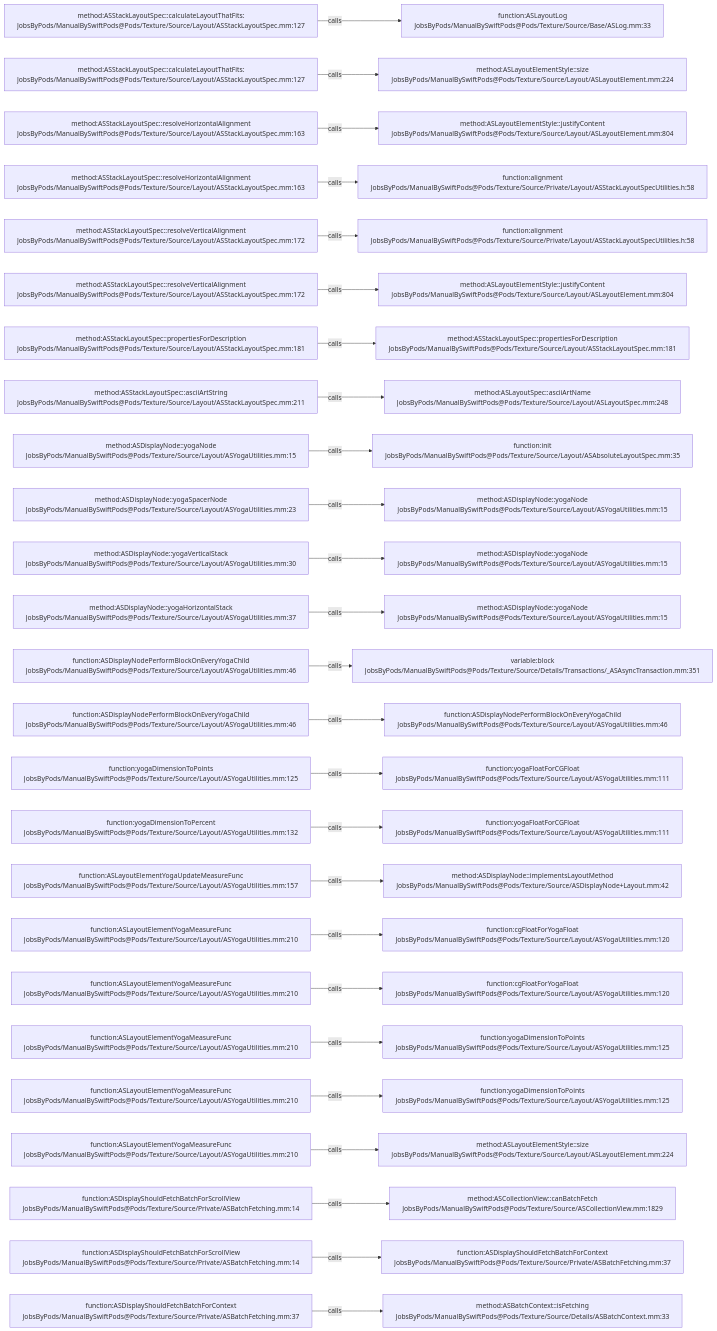
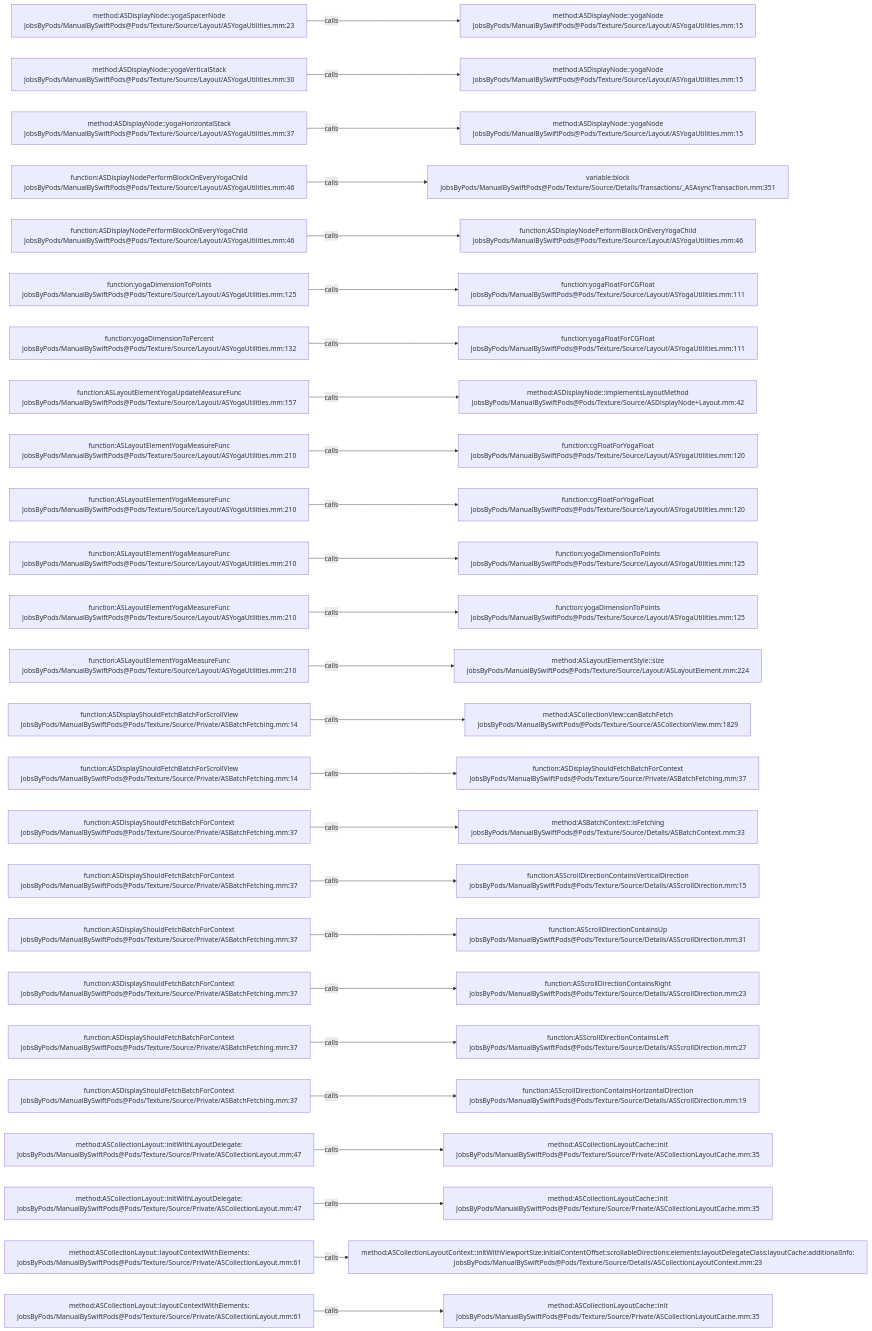
One commit to JobsKits/JobsSwiftBaseConfigDemo changed the diagram in .codegraph/codegraph.md/graphs/calls-114.md. Above: the diagram before and after it, drawn with Mermaid. The commit also changed 707 other files, not shown here.

````diff
--- a/.codegraph/codegraph.md/graphs/calls-114.md
+++ b/.codegraph/codegraph.md/graphs/calls-114.md
@@ -13,78 +13,78 @@
 ```mermaid
 flowchart LR
-  S1["method:ASStackLayoutSpec::calculateLayoutThatFits:<br/>JobsByPods/ManualBySwiftPods@Pods/Texture/Source/Layout/ASStackLayoutSpec.mm:127"]
-  T1["function:ASLayoutLog<br/>JobsByPods/ManualBySwiftPods@Pods/Texture/Source/Base/ASLog.mm:33"]
+  S1["method:ASDisplayNode::yogaSpacerNode<br/>JobsByPods/ManualBySwiftPods@Pods/Texture/Source/Layout/ASYogaUtilities.mm:23"]
+  T1["method:ASDisplayNode::yogaNode<br/>JobsByPods/ManualBySwiftPods@Pods/Texture/Source/Layout/ASYogaUtilities.mm:15"]
   S1 -->|calls| T1
-  S2["method:ASStackLayoutSpec::calculateLayoutThatFits:<br/>JobsByPods/ManualBySwiftPods@Pods/Texture/Source/Layout/ASStackLayoutSpec.mm:127"]
-  T2["method:ASLayoutElementStyle::size<br/>JobsByPods/ManualBySwiftPods@Pods/Texture/Source/Layout/ASLayoutElement.mm:224"]
+  S2["method:ASDisplayNode::yogaVerticalStack<br/>JobsByPods/ManualBySwiftPods@Pods/Texture/Source/Layout/ASYogaUtilities.mm:30"]
+  T2["method:ASDisplayNode::yogaNode<br/>JobsByPods/ManualBySwiftPods@Pods/Texture/Source/Layout/ASYogaUtilities.mm:15"]
   S2 -->|calls| T2
-  S3["method:ASStackLayoutSpec::resolveHorizontalAlignment<br/>JobsByPods/ManualBySwiftPods@Pods/Texture/Source/Layout/ASStackLayoutSpec.mm:163"]
-  T3["method:ASLayoutElementStyle::justifyContent<br/>JobsByPods/ManualBySwiftPods@Pods/Texture/Source/Layout/ASLayoutElement.mm:804"]
+  S3["method:ASDisplayNode::yogaHorizontalStack<br/>JobsByPods/ManualBySwiftPods@Pods/Texture/Source/Layout/ASYogaUtilities.mm:37"]
+  T3["method:ASDisplayNode::yogaNode<br/>JobsByPods/ManualBySwiftPods@Pods/Texture/Source/Layout/ASYogaUtilities.mm:15"]
   S3 -->|calls| T3
-  S4["method:ASStackLayoutSpec::resolveHorizontalAlignment<br/>JobsByPods/ManualBySwiftPods@Pods/Texture/Source/Layout/ASStackLayoutSpec.mm:163"]
-  T4["function:alignment<br/>JobsByPods/ManualBySwiftPods@Pods/Texture/Source/Private/Layout/ASStackLayoutSpecUtilities.h:58"]
+  S4["function:ASDisplayNodePerformBlockOnEveryYogaChild<br/>JobsByPods/ManualBySwiftPods@Pods/Texture/Source/Layout/ASYogaUtilities.mm:46"]
+  T4["variable:block<br/>JobsByPods/ManualBySwiftPods@Pods/Texture/Source/Details/Transactions/_ASAsyncTransaction.mm:351"]
   S4 -->|calls| T4
-  S5["method:ASStackLayoutSpec::resolveVerticalAlignment<br/>JobsByPods/ManualBySwiftPods@Pods/Texture/Source/Layout/ASStackLayoutSpec.mm:172"]
-  T5["function:alignment<br/>JobsByPods/ManualBySwiftPods@Pods/Texture/Source/Private/Layout/ASStackLayoutSpecUtilities.h:58"]
+  S5["function:ASDisplayNodePerformBlockOnEveryYogaChild<br/>JobsByPods/ManualBySwiftPods@Pods/Texture/Source/Layout/ASYogaUtilities.mm:46"]
+  T5["function:ASDisplayNodePerformBlockOnEveryYogaChild<br/>JobsByPods/ManualBySwiftPods@Pods/Texture/Source/Layout/ASYogaUtilities.mm:46"]
   S5 -->|calls| T5
-  S6["method:ASStackLayoutSpec::resolveVerticalAlignment<br/>JobsByPods/ManualBySwiftPods@Pods/Texture/Source/Layout/ASStackLayoutSpec.mm:172"]
-  T6["method:ASLayoutElementStyle::justifyContent<br/>JobsByPods/ManualBySwiftPods@Pods/Texture/Source/Layout/ASLayoutElement.mm:804"]
+  S6["function:yogaDimensionToPoints<br/>JobsByPods/ManualBySwiftPods@Pods/Texture/Source/Layout/ASYogaUtilities.mm:125"]
+  T6["function:yogaFloatForCGFloat<br/>JobsByPods/ManualBySwiftPods@Pods/Texture/Source/Layout/ASYogaUtilities.mm:111"]
   S6 -->|calls| T6
-  S7["method:ASStackLayoutSpec::propertiesForDescription<br/>JobsByPods/ManualBySwiftPods@Pods/Texture/Source/Layout/ASStackLayoutSpec.mm:181"]
-  T7["method:ASStackLayoutSpec::propertiesForDescription<br/>JobsByPods/ManualBySwiftPods@Pods/Texture/Source/Layout/ASStackLayoutSpec.mm:181"]
+  S7["function:yogaDimensionToPercent<br/>JobsByPods/ManualBySwiftPods@Pods/Texture/Source/Layout/ASYogaUtilities.mm:132"]
+  T7["function:yogaFloatForCGFloat<br/>JobsByPods/ManualBySwiftPods@Pods/Texture/Source/Layout/ASYogaUtilities.mm:111"]
   S7 -->|calls| T7
-  S8["method:ASStackLayoutSpec::asciiArtString<br/>JobsByPods/ManualBySwiftPods@Pods/Texture/Source/Layout/ASStackLayoutSpec.mm:211"]
-  T8["method:ASLayoutSpec::asciiArtName<br/>JobsByPods/ManualBySwiftPods@Pods/Texture/Source/Layout/ASLayoutSpec.mm:248"]
+  S8["function:ASLayoutElementYogaUpdateMeasureFunc<br/>JobsByPods/ManualBySwiftPods@Pods/Texture/Source/Layout/ASYogaUtilities.mm:157"]
+  T8["method:ASDisplayNode::implementsLayoutMethod<br/>JobsByPods/ManualBySwiftPods@Pods/Texture/Source/ASDisplayNode+Layout.mm:42"]
   S8 -->|calls| T8
-  S9["method:ASDisplayNode::yogaNode<br/>JobsByPods/ManualBySwiftPods@Pods/Texture/Source/Layout/ASYogaUtilities.mm:15"]
-  T9["function:init<br/>JobsByPods/ManualBySwiftPods@Pods/Texture/Source/Layout/ASAbsoluteLayoutSpec.mm:35"]
+  S9["function:ASLayoutElementYogaMeasureFunc<br/>JobsByPods/ManualBySwiftPods@Pods/Texture/Source/Layout/ASYogaUtilities.mm:210"]
+  T9["function:cgFloatForYogaFloat<br/>JobsByPods/ManualBySwiftPods@Pods/Texture/Source/Layout/ASYogaUtilities.mm:120"]
   S9 -->|calls| T9
-  S10["method:ASDisplayNode::yogaSpacerNode<br/>JobsByPods/ManualBySwiftPods@Pods/Texture/Source/Layout/ASYogaUtilities.mm:23"]
-  T10["method:ASDisplayNode::yogaNode<br/>JobsByPods/ManualBySwiftPods@Pods/Texture/Source/Layout/ASYogaUtilities.mm:15"]
+  S10["function:ASLayoutElementYogaMeasureFunc<br/>JobsByPods/ManualBySwiftPods@Pods/Texture/Source/Layout/ASYogaUtilities.mm:210"]
+  T10["function:cgFloatForYogaFloat<br/>JobsByPods/ManualBySwiftPods@Pods/Texture/Source/Layout/ASYogaUtilities.mm:120"]
   S10 -->|calls| T10
-  S11["method:ASDisplayNode::yogaVerticalStack<br/>JobsByPods/ManualBySwiftPods@Pods/Texture/Source/Layout/ASYogaUtilities.mm:30"]
-  T11["method:ASDisplayNode::yogaNode<br/>JobsByPods/ManualBySwiftPods@Pods/Texture/Source/Layout/ASYogaUtilities.mm:15"]
+  S11["function:ASLayoutElementYogaMeasureFunc<br/>JobsByPods/ManualBySwiftPods@Pods/Texture/Source/Layout/ASYogaUtilities.mm:210"]
+  T11["function:yogaDimensionToPoints<br/>JobsByPods/ManualBySwiftPods@Pods/Texture/Source/Layout/ASYogaUtilities.mm:125"]
   S11 -->|calls| T11
-  S12["method:ASDisplayNode::yogaHorizontalStack<br/>JobsByPods/ManualBySwiftPods@Pods/Texture/Source/Layout/ASYogaUtilities.mm:37"]
-  T12["method:ASDisplayNode::yogaNode<br/>JobsByPods/ManualBySwiftPods@Pods/Texture/Source/Layout/ASYogaUtilities.mm:15"]
+  S12["function:ASLayoutElementYogaMeasureFunc<br/>JobsByPods/ManualBySwiftPods@Pods/Texture/Source/Layout/ASYogaUtilities.mm:210"]
+  T12["function:yogaDimensionToPoints<br/>JobsByPods/ManualBySwiftPods@Pods/Texture/Source/Layout/ASYogaUtilities.mm:125"]
   S12 -->|calls| T12
-  S13["function:ASDisplayNodePerformBlockOnEveryYogaChild<br/>JobsByPods/ManualBySwiftPods@Pods/Texture/Source/Layout/ASYogaUtilities.mm:46"]
-  T13["variable:block<br/>JobsByPods/ManualBySwiftPods@Pods/Texture/Source/Details/Transactions/_ASAsyncTransaction.mm:351"]
+  S13["function:ASLayoutElementYogaMeasureFunc<br/>JobsByPods/ManualBySwiftPods@Pods/Texture/Source/Layout/ASYogaUtilities.mm:210"]
+  T13["method:ASLayoutElementStyle::size<br/>JobsByPods/ManualBySwiftPods@Pods/Texture/Source/Layout/ASLayoutElement.mm:224"]
   S13 -->|calls| T13
-  S14["function:ASDisplayNodePerformBlockOnEveryYogaChild<br/>JobsByPods/ManualBySwiftPods@Pods/Texture/Source/Layout/ASYogaUtilities.mm:46"]
-  T14["function:ASDisplayNodePerformBlockOnEveryYogaChild<br/>JobsByPods/ManualBySwiftPods@Pods/Texture/Source/Layout/ASYogaUtilities.mm:46"]
+  S14["function:ASDisplayShouldFetchBatchForScrollView<br/>JobsByPods/ManualBySwiftPods@Pods/Texture/Source/Private/ASBatchFetching.mm:14"]
+  T14["method:ASCollectionView::canBatchFetch<br/>JobsByPods/ManualBySwiftPods@Pods/Texture/Source/ASCollectionView.mm:1829"]
   S14 -->|calls| T14
-  S15["function:yogaDimensionToPoints<br/>JobsByPods/ManualBySwiftPods@Pods/Texture/Source/Layout/ASYogaUtilities.mm:125"]
-  T15["function:yogaFloatForCGFloat<br/>JobsByPods/ManualBySwiftPods@Pods/Texture/Source/Layout/ASYogaUtilities.mm:111"]
+  S15["function:ASDisplayShouldFetchBatchForScrollView<br/>JobsByPods/ManualBySwiftPods@Pods/Texture/Source/Private/ASBatchFetching.mm:14"]
+  T15["function:ASDisplayShouldFetchBatchForContext<br/>JobsByPods/ManualBySwiftPods@Pods/Texture/Source/Private/ASBatchFetching.mm:37"]
   S15 -->|calls| T15
-  S16["function:yogaDimensionToPercent<br/>JobsByPods/ManualBySwiftPods@Pods/Texture/Source/Layout/ASYogaUtilities.mm:132"]
-  T16["function:yogaFloatForCGFloat<br/>JobsByPods/ManualBySwiftPods@Pods/Texture/Source/Layout/ASYogaUtilities.mm:111"]
+  S16["function:ASDisplayShouldFetchBatchForContext<br/>JobsByPods/ManualBySwiftPods@Pods/Texture/Source/Private/ASBatchFetching.mm:37"]
+  T16["method:ASBatchContext::isFetching<br/>JobsByPods/ManualBySwiftPods@Pods/Texture/Source/Details/ASBatchContext.mm:33"]
   S16 -->|calls| T16
-  S17["function:ASLayoutElementYogaUpdateMeasureFunc<br/>JobsByPods/ManualBySwiftPods@Pods/Texture/Source/Layout/ASYogaUtilities.mm:157"]
-  T17["method:ASDisplayNode::implementsLayoutMethod<br/>JobsByPods/ManualBySwiftPods@Pods/Texture/Source/ASDisplayNode+Layout.mm:42"]
+  S17["function:ASDisplayShouldFetchBatchForContext<br/>JobsByPods/ManualBySwiftPods@Pods/Texture/Source/Private/ASBatchFetching.mm:37"]
+  T17["function:ASScrollDirectionContainsVerticalDirection<br/>JobsByPods/ManualBySwiftPods@Pods/Texture/Source/Details/ASScrollDirection.mm:15"]
   S17 -->|calls| T17
-  S18["function:ASLayoutElementYogaMeasureFunc<br/>JobsByPods/ManualBySwiftPods@Pods/Texture/Source/Layout/ASYogaUtilities.mm:210"]
-  T18["function:cgFloatForYogaFloat<br/>JobsByPods/ManualBySwiftPods@Pods/Texture/Source/Layout/ASYogaUtilities.mm:120"]
+  S18["function:ASDisplayShouldFetchBatchForContext<br/>JobsByPods/ManualBySwiftPods@Pods/Texture/Source/Private/ASBatchFetching.mm:37"]
+  T18["function:ASScrollDirectionContainsUp<br/>JobsByPods/ManualBySwiftPods@Pods/Texture/Source/Details/ASScrollDirection.mm:31"]
   S18 -->|calls| T18
-  S19["function:ASLayoutElementYogaMeasureFunc<br/>JobsByPods/ManualBySwiftPods@Pods/Texture/Source/Layout/ASYogaUtilities.mm:210"]
-  T19["function:cgFloatForYogaFloat<br/>JobsByPods/ManualBySwiftPods@Pods/Texture/Source/Layout/ASYogaUtilities.mm:120"]
+  S19["function:ASDisplayShouldFetchBatchForContext<br/>JobsByPods/ManualBySwiftPods@Pods/Texture/Source/Private/ASBatchFetching.mm:37"]
+  T19["function:ASScrollDirectionContainsRight<br/>JobsByPods/ManualBySwiftPods@Pods/Texture/Source/Details/ASScrollDirection.mm:23"]
   S19 -->|calls| T19
-  S20["function:ASLayoutElementYogaMeasureFunc<br/>JobsByPods/ManualBySwiftPods@Pods/Texture/Source/Layout/ASYogaUtilities.mm:210"]
-  T20["function:yogaDimensionToPoints<br/>JobsByPods/ManualBySwiftPods@Pods/Texture/Source/Layout/ASYogaUtilities.mm:125"]
+  S20["function:ASDisplayShouldFetchBatchForContext<br/>JobsByPods/ManualBySwiftPods@Pods/Texture/Source/Private/ASBatchFetching.mm:37"]
+  T20["function:ASScrollDirectionContainsLeft<br/>JobsByPods/ManualBySwiftPods@Pods/Texture/Source/Details/ASScrollDirection.mm:27"]
   S20 -->|calls| T20
-  S21["function:ASLayoutElementYogaMeasureFunc<br/>JobsByPods/ManualBySwiftPods@Pods/Texture/Source/Layout/ASYogaUtilities.mm:210"]
-  T21["function:yogaDimensionToPoints<br/>JobsByPods/ManualBySwiftPods@Pods/Texture/Source/Layout/ASYogaUtilities.mm:125"]
+  S21["function:ASDisplayShouldFetchBatchForContext<br/>JobsByPods/ManualBySwiftPods@Pods/Texture/Source/Private/ASBatchFetching.mm:37"]
+  T21["function:ASScrollDirectionContainsHorizontalDirection<br/>JobsByPods/ManualBySwiftPods@Pods/Texture/Source/Details/ASScrollDirection.mm:19"]
   S21 -->|calls| T21
-  S22["function:ASLayoutElementYogaMeasureFunc<br/>JobsByPods/ManualBySwiftPods@Pods/Texture/Source/Layout/ASYogaUtilities.mm:210"]
-  T22["method:ASLayoutElementStyle::size<br/>JobsByPods/ManualBySwiftPods@Pods/Texture/Source/Layout/ASLayoutElement.mm:224"]
+  S22["method:ASCollectionLayout::initWithLayoutDelegate:<br/>JobsByPods/ManualBySwiftPods@Pods/Texture/Source/Private/ASCollectionLayout.mm:47"]
+  T22["method:ASCollectionLayoutCache::init<br/>JobsByPods/ManualBySwiftPods@Pods/Texture/Source/Private/ASCollectionLayoutCache.mm:35"]
   S22 -->|calls| T22
-  S23["function:ASDisplayShouldFetchBatchForScrollView<br/>JobsByPods/ManualBySwiftPods@Pods/Texture/Source/Private/ASBatchFetching.mm:14"]
-  T23["method:ASCollectionView::canBatchFetch<br/>JobsByPods/ManualBySwiftPods@Pods/Texture/Source/ASCollectionView.mm:1829"]
+  S23["method:ASCollectionLayout::initWithLayoutDelegate:<br/>JobsByPods/ManualBySwiftPods@Pods/Texture/Source/Private/ASCollectionLayout.mm:47"]
+  T23["method:ASCollectionLayoutCache::init<br/>JobsByPods/ManualBySwiftPods@Pods/Texture/Source/Private/ASCollectionLayoutCache.mm:35"]
   S23 -->|calls| T23
-  S24["function:ASDisplayShouldFetchBatchForScrollView<br/>JobsByPods/ManualBySwiftPods@Pods/Texture/Source/Private/ASBatchFetching.mm:14"]
-  T24["function:ASDisplayShouldFetchBatchForContext<br/>JobsByPods/ManualBySwiftPods@Pods/Texture/Source/Private/ASBatchFetching.mm:37"]
+  S24["method:ASCollectionLayout::layoutContextWithElements:<br/>JobsByPods/ManualBySwiftPods@Pods/Texture/Source/Private/ASCollectionLayout.mm:61"]
+  T24["method:ASCollectionLayoutContext::initWithViewportSize:initialContentOffset:scrollableDirections:elements:layoutDelegateClass:layoutCache:additionalInfo:<br/>JobsByPods/ManualBySwiftPods@Pods/Texture/Source/Details/ASCollectionLayoutContext.mm:23"]
   S24 -->|calls| T24
-  S25["function:ASDisplayShouldFetchBatchForContext<br/>JobsByPods/ManualBySwiftPods@Pods/Texture/Source/Private/ASBatchFetching.mm:37"]
-  T25["method:ASBatchContext::isFetching<br/>JobsByPods/ManualBySwiftPods@Pods/Texture/Source/Details/ASBatchContext.mm:33"]
+  S25["method:ASCollectionLayout::layoutContextWithElements:<br/>JobsByPods/ManualBySwiftPods@Pods/Texture/Source/Private/ASCollectionLayout.mm:61"]
+  T25["method:ASCollectionLayoutCache::init<br/>JobsByPods/ManualBySwiftPods@Pods/Texture/Source/Private/ASCollectionLayoutCache.mm:35"]
   S25 -->|calls| T25
 ```
````
